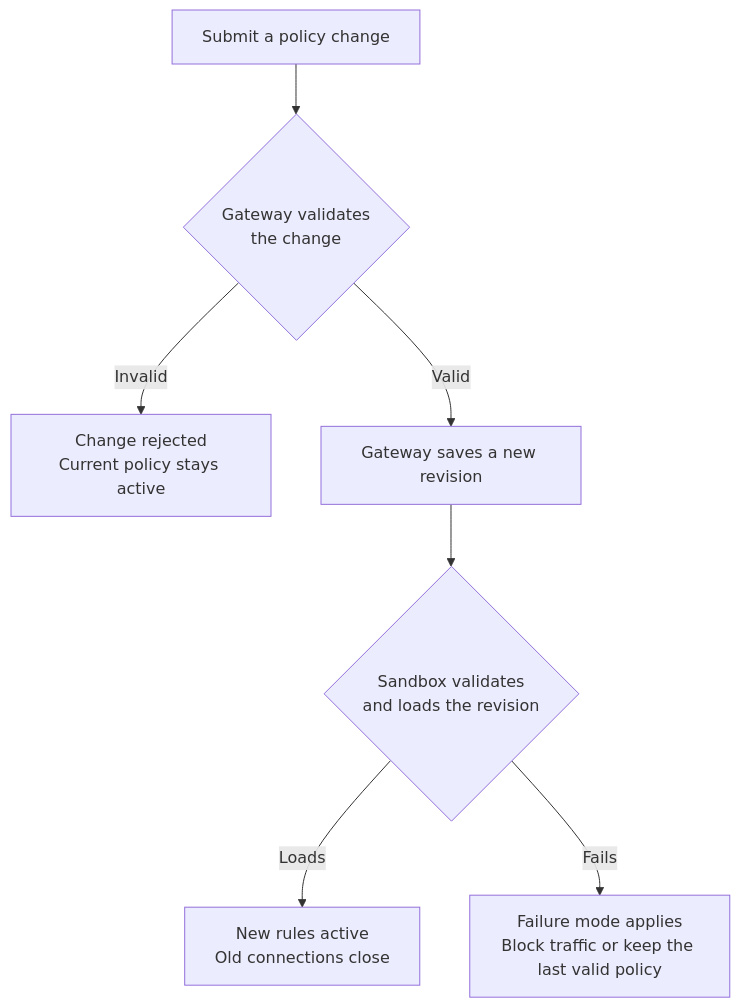
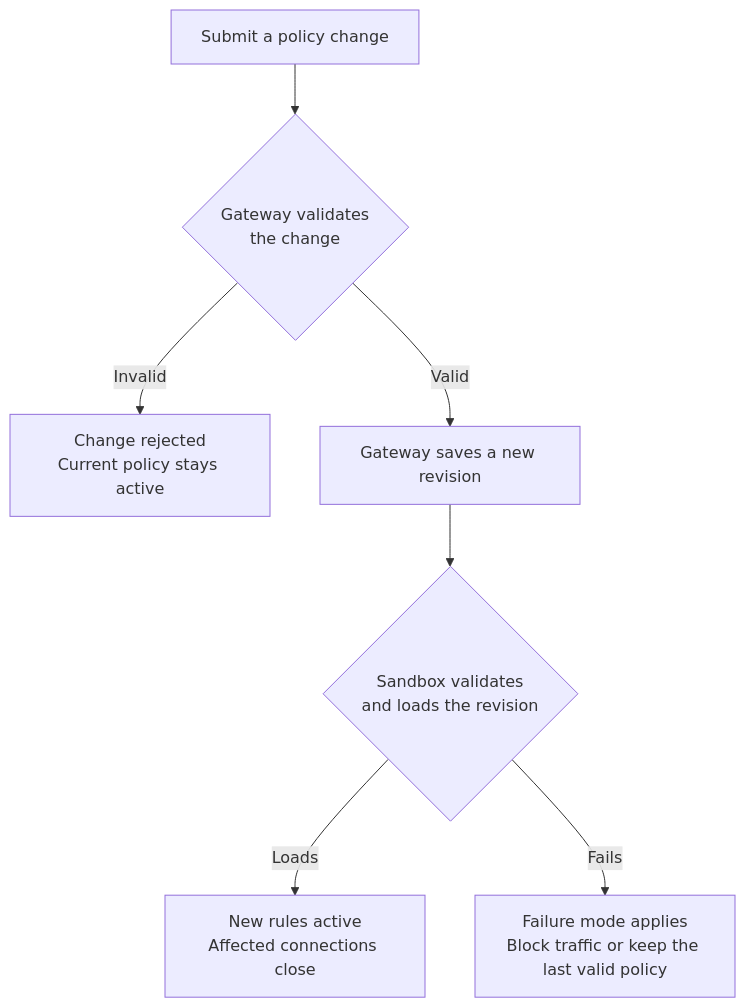
The diagram in docs/how-it-works/policies/manage-policies.mdx (NVIDIA/OpenShell), drawn with Mermaid before and after one commit. The commit also changed other lines of this file and 12 other files, not shown here.

````diff
--- a/docs/how-it-works/policies/manage-policies.mdx
+++ b/docs/how-it-works/policies/manage-policies.mdx
@@ -204,9 +221,9 @@
 ```mermaid
 flowchart TD
     A["Submit a policy change"] --> B{"Gateway validates<br/>the change"}
     B -->|Invalid| C["Change rejected<br/>Current policy stays active"]
     B -->|Valid| D["Gateway saves a new revision"]
     D --> E{"Sandbox validates<br/>and loads the revision"}
-    E -->|Loads| F["New rules active<br/>Old connections close"]
+    E -->|Loads| F["New rules active<br/>Affected connections close"]
     E -->|Fails| G["Failure mode applies<br/>Block traffic or keep the last valid policy"]
 ```
````
